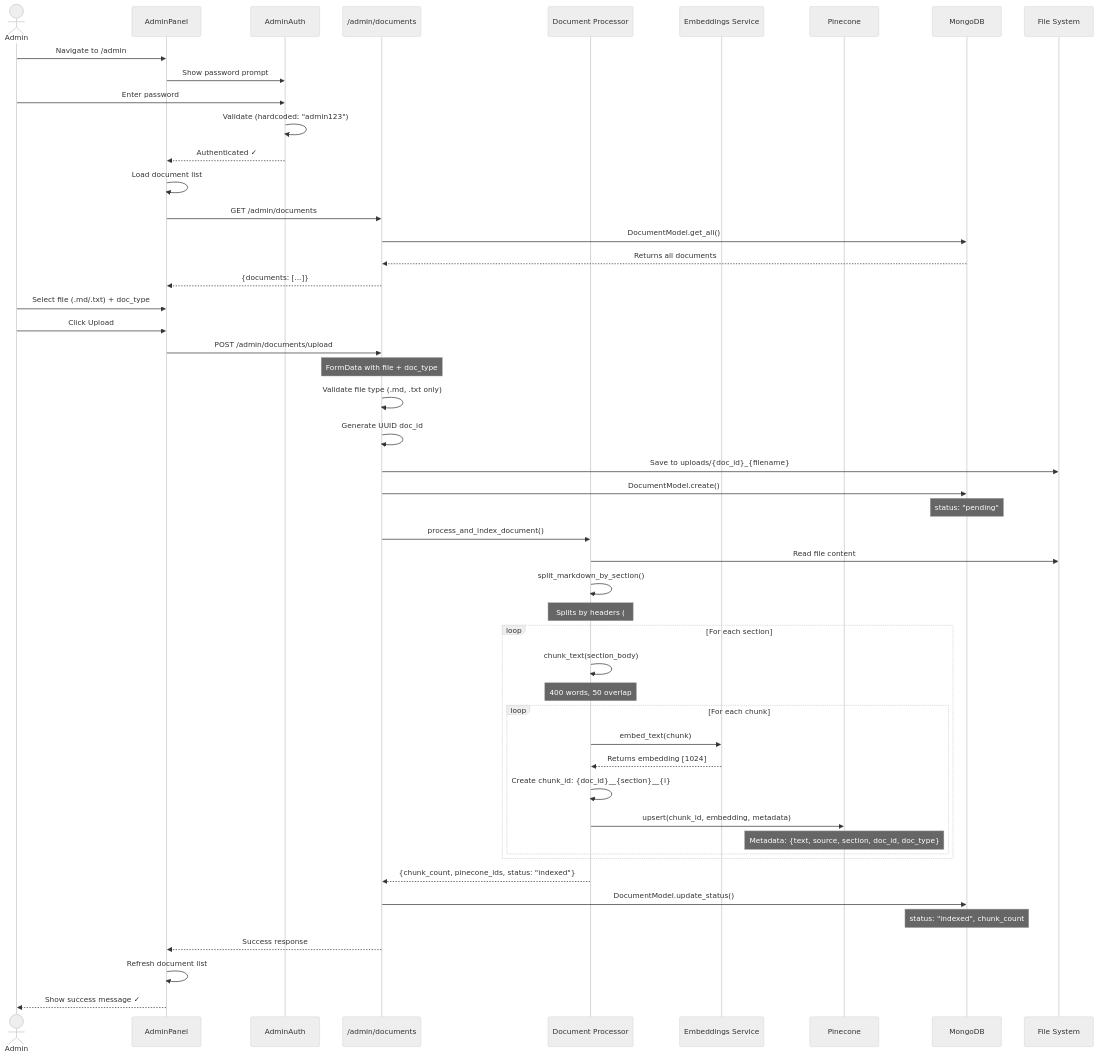
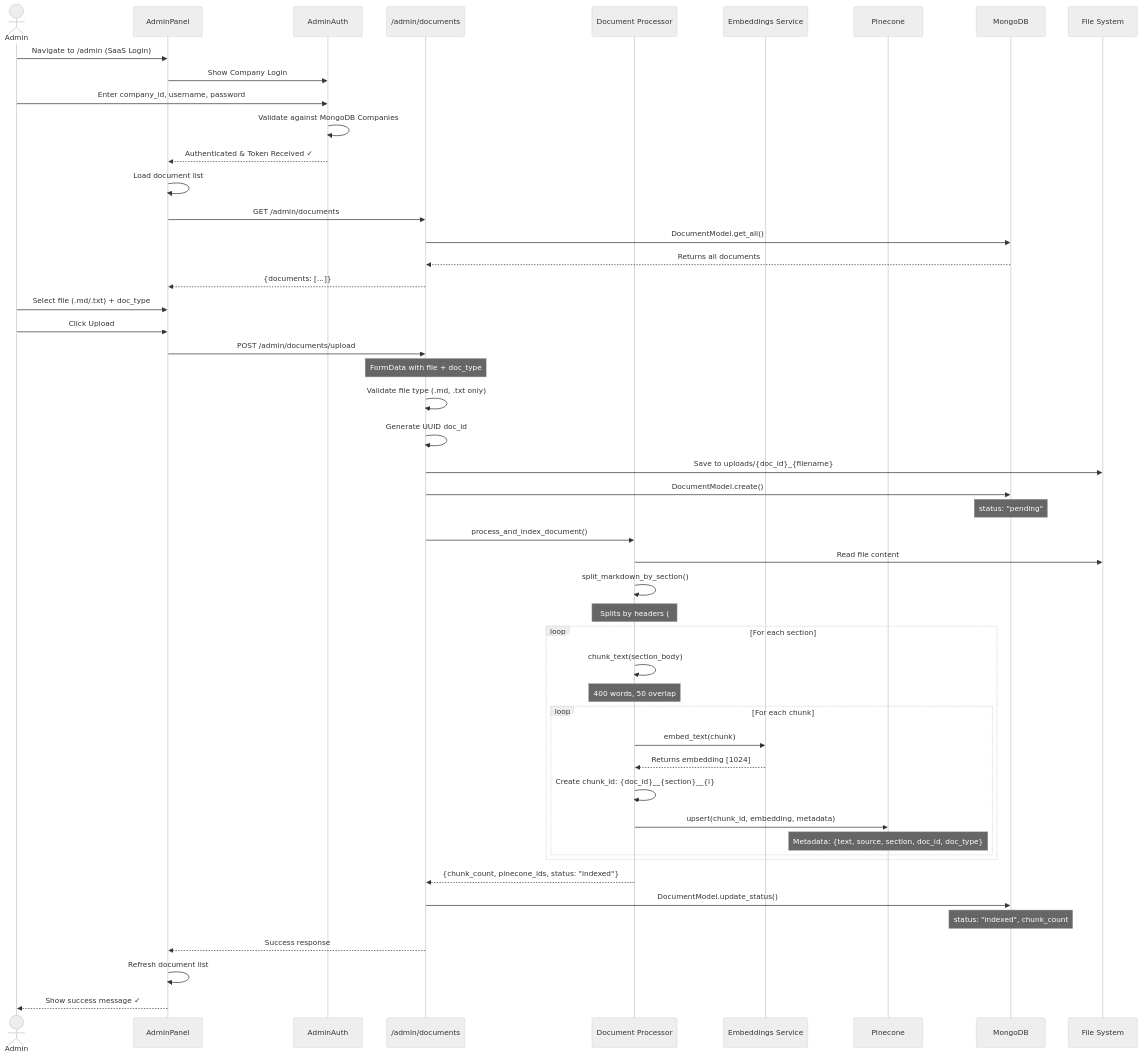
The third of 18 diagrams in project_workflow.md (ShantanuV2709/CORPWISE), drawn with Mermaid (neutral theme) before and after one commit. The commit also changed other lines of this file and 7 other files, not shown here.

````diff
--- a/project_workflow.md
+++ b/project_workflow.md
@@ -157,67 +161,67 @@
 ```mermaid
 sequenceDiagram
     actor Admin
     participant UI as AdminPanel
     participant Auth as AdminAuth
     participant API as /admin/documents
     participant Proc as Document Processor
     participant Embed as Embeddings Service
     participant Pine as Pinecone
     participant Mongo as MongoDB
     participant Disk as File System
     
-    Admin->>UI: Navigate to /admin
-    UI->>Auth: Show password prompt
-    Admin->>Auth: Enter password
-    Auth->>Auth: Validate (hardcoded: "admin123")
-    Auth-->>UI: Authenticated ✓
+    Admin->>UI: Navigate to /admin (SaaS Login)
+    UI->>Auth: Show Company Login
+    Admin->>Auth: Enter company_id, username, password
+    Auth->>Auth: Validate against MongoDB Companies
+    Auth-->>UI: Authenticated & Token Received ✓
     
     UI->>UI: Load document list
     UI->>API: GET /admin/documents
     API->>Mongo: DocumentModel.get_all()
     Mongo-->>API: Returns all documents
     API-->>UI: {documents: [...]}
     
     Admin->>UI: Select file (.md/.txt) + doc_type
     Admin->>UI: Click Upload
     
     UI->>API: POST /admin/documents/upload
     Note over API: FormData with file + doc_type
     
     API->>API: Validate file type (.md, .txt only)
     API->>API: Generate UUID doc_id
     API->>Disk: Save to uploads/{doc_id}_{filename}
     
     API->>Mongo: DocumentModel.create()
     Note over Mongo: status: "pending"
     
     API->>Proc: process_and_index_document()
     
     Proc->>Disk: Read file content
     Proc->>Proc: split_markdown_by_section()
     Note over Proc: Splits by headers (#, ##, etc.)
     
     loop For each section
         Proc->>Proc: chunk_text(section_body)
         Note over Proc: 400 words, 50 overlap
         
         loop For each chunk
             Proc->>Embed: embed_text(chunk)
             Embed-->>Proc: Returns embedding [1024]
             
             Proc->>Proc: Create chunk_id: {doc_id}__{section}__{i}
             
             Proc->>Pine: upsert(chunk_id, embedding, metadata)
             Note over Pine: Metadata: {text, source, section, doc_id, doc_type}
         end
     end
     
     Proc-->>API: {chunk_count, pinecone_ids, status: "indexed"}
     
     API->>Mongo: DocumentModel.update_status()
     Note over Mongo: status: "indexed", chunk_count
     
     API-->>UI: Success response
     UI->>UI: Refresh document list
     UI-->>Admin: Show success message ✓
 ```
````
